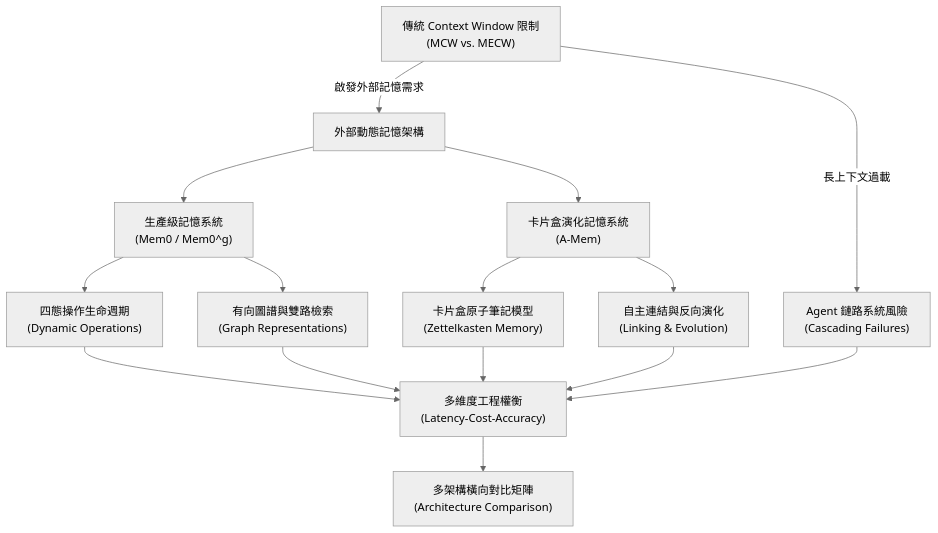
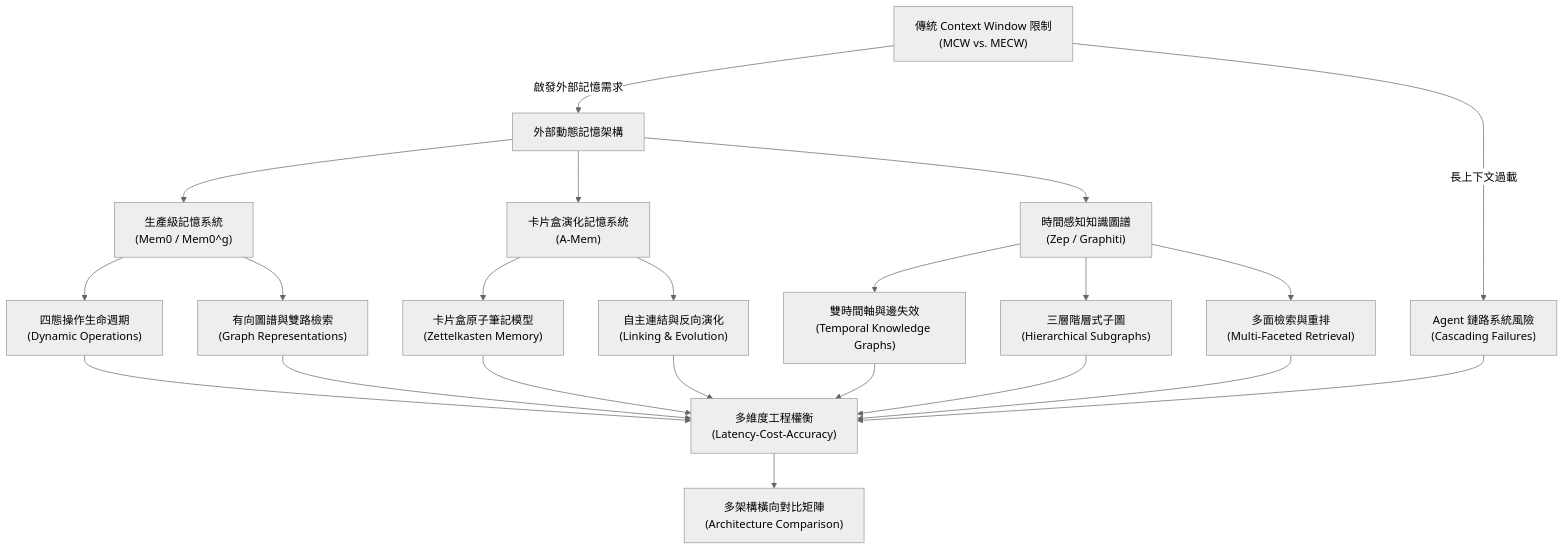
Before and after one commit to KenTW-PPD/TAICA_Generative_AI_Class-Homework_10: the diagram in wiki/index.md, drawn with Mermaid (neutral theme). The commit also changed other lines of this file and 7 other files, not shown here.

````diff
--- a/wiki/index.md
+++ b/wiki/index.md
@@ -9,22 +9,30 @@
 ```mermaid
 flowchart TD
     A["傳統 Context Window 限制<br/>(MCW vs. MECW)"] -->|啟發外部記憶需求| B["外部動態記憶架構"]
     A -->|長上下文過載| C["Agent 鏈路系統風險<br/>(Cascading Failures)"]
     
     B --> M0["生產級記憶系統<br/>(Mem0 / Mem0^g)"]
     B --> AM["卡片盒演化記憶系統<br/>(A-Mem)"]
+    B --> ZP["時間感知知識圖譜<br/>(Zep / Graphiti)"]
     
     M0 --> D["四態操作生命週期<br/>(Dynamic Operations)"]
     M0 --> E["有向圖譜與雙路檢索<br/>(Graph Representations)"]
     
     AM --> ZK["卡片盒原子筆記模型<br/>(Zettelkasten Memory)"]
     AM --> ME["自主連結與反向演化<br/>(Linking & Evolution)"]
     
+    ZP --> TG["雙時間軸與邊失效<br/>(Temporal Knowledge Graphs)"]
+    ZP --> HG["三層階層式子圖<br/>(Hierarchical Subgraphs)"]
+    ZP --> MR["多面檢索與重排<br/>(Multi-Faceted Retrieval)"]
+    
     D --> TR["多維度工程權衡<br/>(Latency-Cost-Accuracy)"]
     E --> TR
     ZK --> TR
     ME --> TR
+    TG --> TR
+    HG --> TR
+    MR --> TR
     C --> TR
     
     TR --> COMP["多架構橫向對比矩陣<br/>(Architecture Comparison)"]
 ```
````
